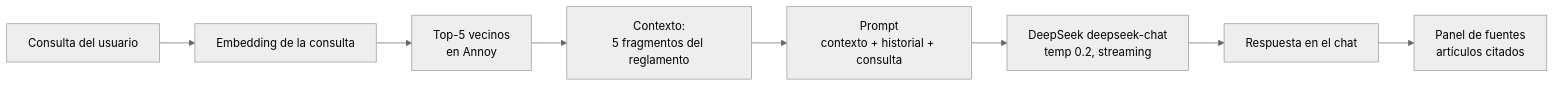
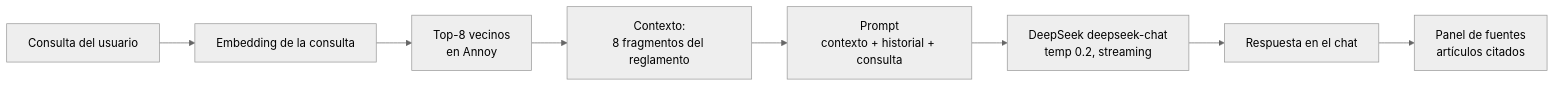
One commit to gonzakayunawel/chatbot_reg_ev changed the second of 2 diagrams in README.md. Above: the diagram before and after it, drawn with Mermaid (neutral theme). The commit also changed other lines of this file and 6 other files, not shown here.

First line of the commit message:
fix: recuperar el título de los artículos y ampliar el contexto a 8 fragmentos

````diff
--- a/README.md
+++ b/README.md
@@ -55,10 +56,10 @@
 ```mermaid
 flowchart LR
     Q[Consulta del usuario] --> E2[Embedding de la consulta]
-    E2 --> S[Top-5 vecinos<br/>en Annoy]
-    S --> CTX[Contexto:<br/>5 fragmentos del reglamento]
+    E2 --> S[Top-8 vecinos<br/>en Annoy]
+    S --> CTX[Contexto:<br/>8 fragmentos del reglamento]
     CTX --> P[Prompt<br/>contexto + historial + consulta]
     P --> LLM[DeepSeek deepseek-chat<br/>temp 0.2, streaming]
     LLM --> R[Respuesta en el chat]
     R --> SRC[Panel de fuentes<br/>artículos citados]
 ```
````
